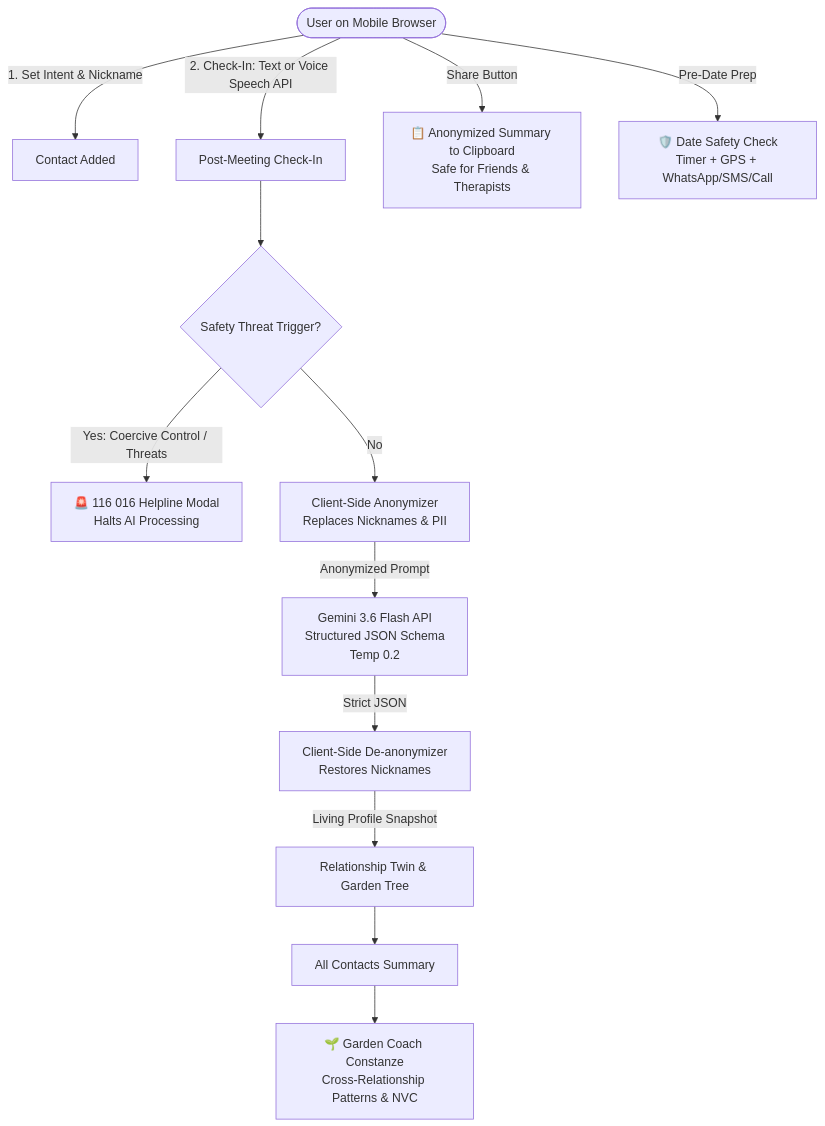
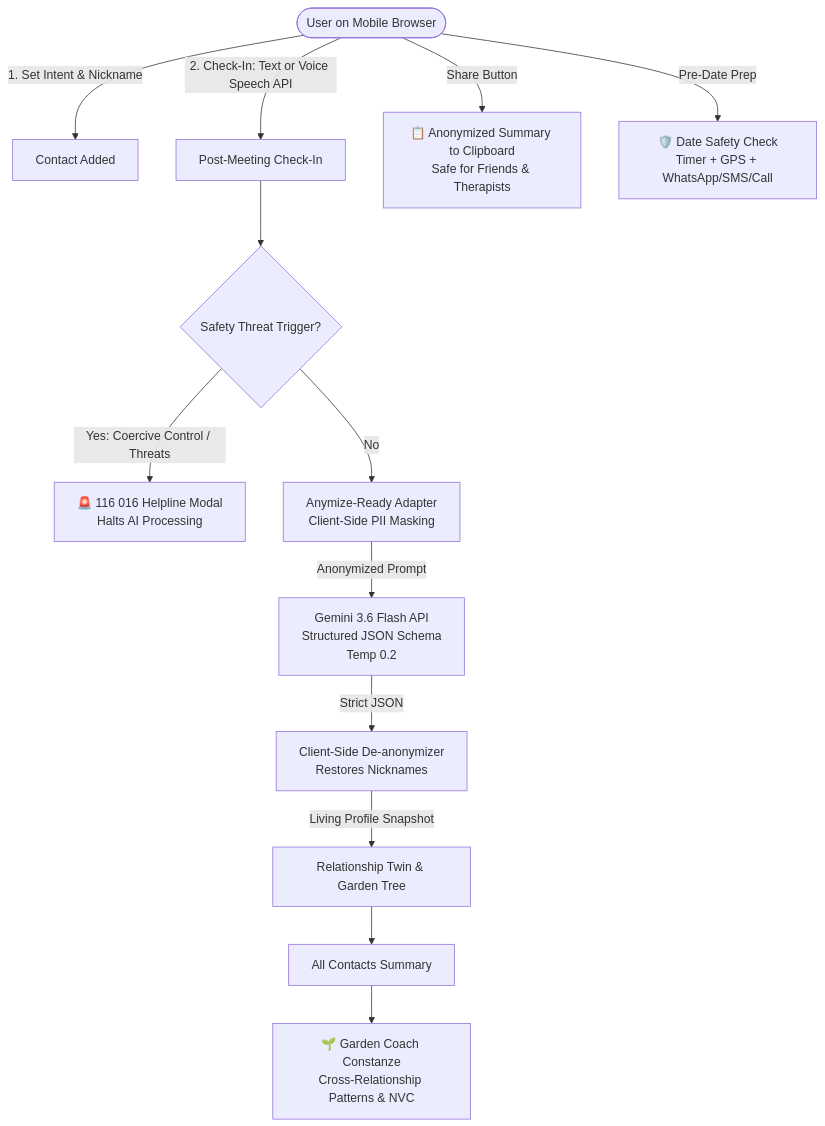
Before and after one commit to luli-test/wiseher: the diagram in README.md, drawn with Mermaid. The commit also changed other lines of this file, not shown here.

````diff
--- a/README.md
+++ b/README.md
@@ -30,20 +68,20 @@
 ```mermaid
 flowchart TD
     User([User on Mobile Browser]) -->|1. Set Intent & Nickname| Contact[Contact Added]
     User -->|2. Check-In: Text or Voice Speech API| RawCheckIn[Post-Meeting Check-In]
     
     RawCheckIn --> SafetyCheck{Safety Threat Trigger?}
     SafetyCheck -->|Yes: Coercive Control / Threats| SafetyAlert[🚨 116 016 Helpline Modal\nHalts AI Processing]
     
-    SafetyCheck -->|No| Anonymizer[Client-Side Anonymizer\nReplaces Nicknames & PII]
+    SafetyCheck -->|No| Anonymizer[Anymize-Ready Adapter\nClient-Side PII Masking]
     Anonymizer -->|Anonymized Prompt| GeminiFlash[Gemini 3.6 Flash API\nStructured JSON Schema\nTemp 0.2]
     
     GeminiFlash -->|Strict JSON| Deanonymizer[Client-Side De-anonymizer\nRestores Nicknames]
     Deanonymizer -->|Living Profile Snapshot| RelTwin[Relationship Twin & Garden Tree]
     
     RelTwin --> AllTwins[All Contacts Summary]
     AllTwins --> CoachConstanze[🌱 Garden Coach Constanze\nCross-Relationship Patterns & NVC]
     
     User -->|Share Button| AnonymizedShare[📋 Anonymized Summary to Clipboard\nSafe for Friends & Therapists]
     User -->|Pre-Date Prep| DateSafety[🛡️ Date Safety Check\nTimer + GPS + WhatsApp/SMS/Call]
 ```
````
